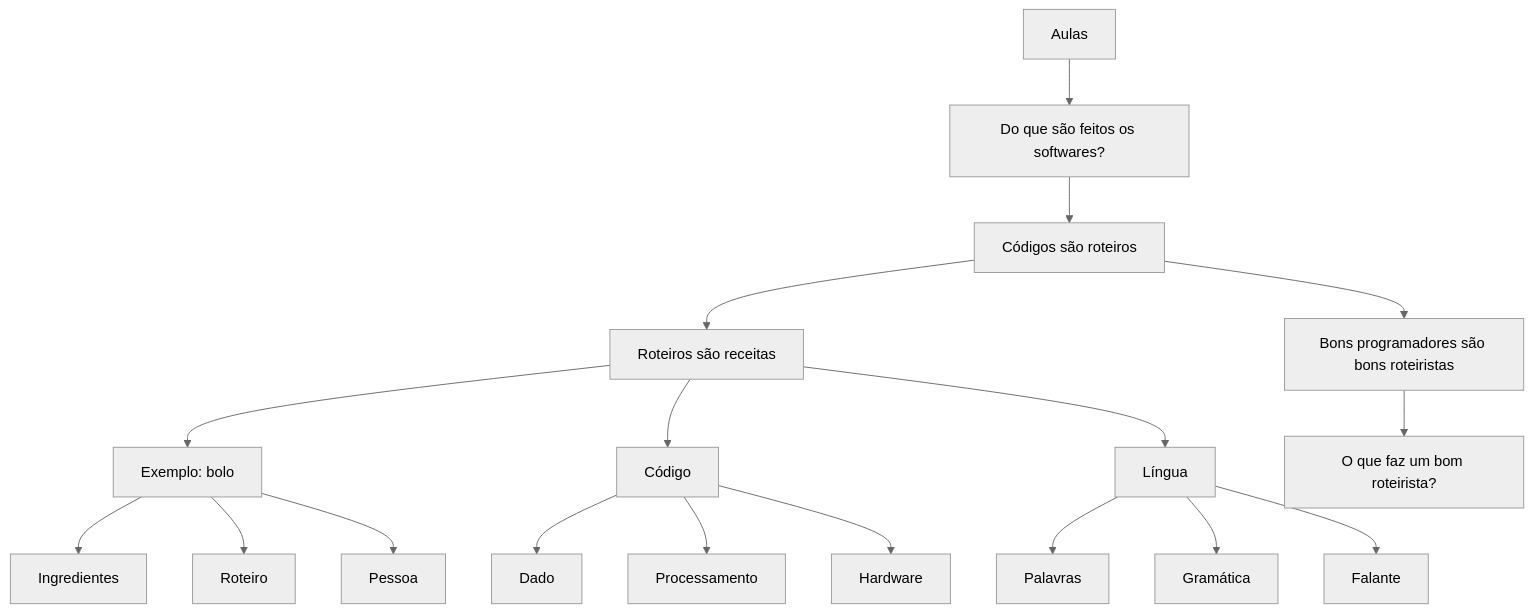
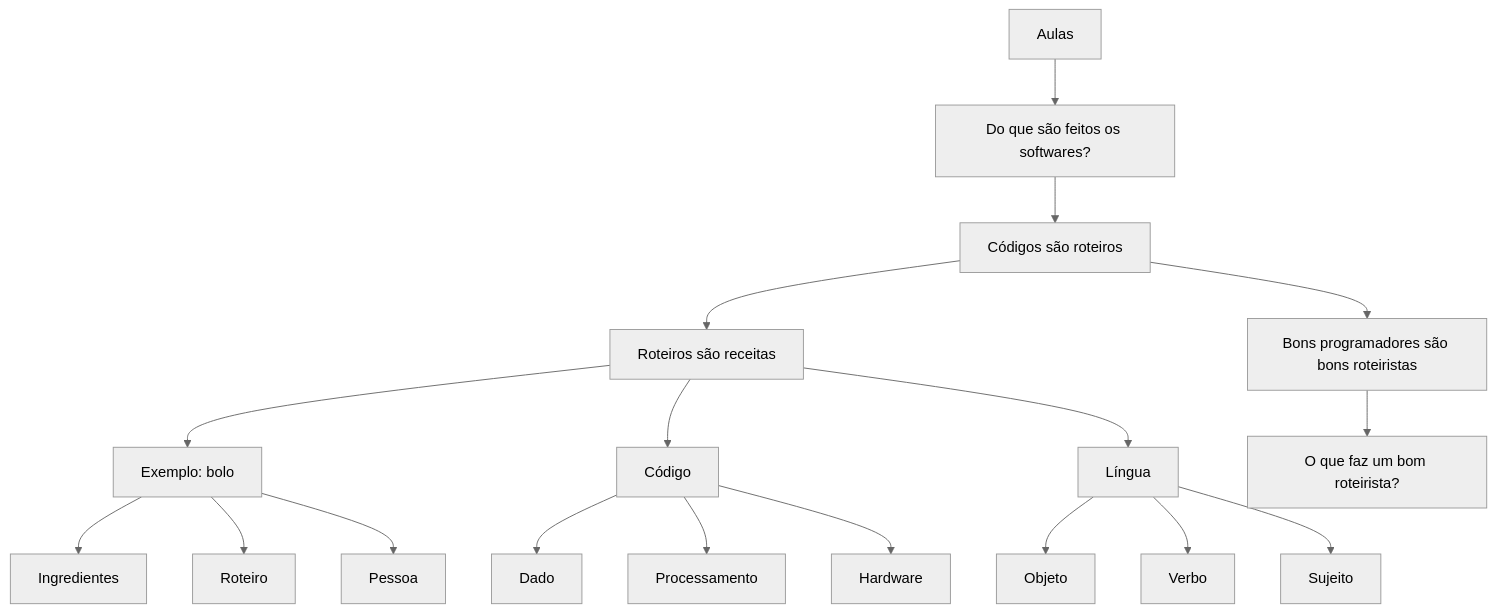
Before and after one commit to laerciogermano/workstation: the diagram in aulas/README.md, drawn with Mermaid (neutral theme). The commit also changed other lines of this file, not shown here.

Commit message:
Troca os filhos da Língua para Objeto, Verbo e Sujeito.

````diff
--- a/aulas/README.md
+++ b/aulas/README.md
@@ -3,38 +3,38 @@
 ```mermaid
 flowchart TD
   A[Aulas]
   B[Do que são feitos os softwares?]
   C[Códigos são roteiros]
   D[Roteiros são receitas]
   DX[Exemplo: bolo]
   D1[Ingredientes]
   D2[Roteiro]
   D3[Pessoa]
   CG[Código]
   CG1[Dado]
   CG2[Processamento]
   CG3[Hardware]
   LG[Língua]
-  LG1[Palavras]
-  LG2[Gramática]
-  LG3[Falante]
+  LG1[Objeto]
+  LG2[Verbo]
+  LG3[Sujeito]
   E[Bons programadores são bons roteiristas]
   F[O que faz um bom roteirista?]
   A --> B
   B --> C
   C --> D
   C --> E
   E --> F
   D --> DX
   D --> CG
   D --> LG
   DX --> D1
   DX --> D2
   DX --> D3
   CG --> CG1
   CG --> CG2
   CG --> CG3
   LG --> LG1
   LG --> LG2
   LG --> LG3
 ```
````
